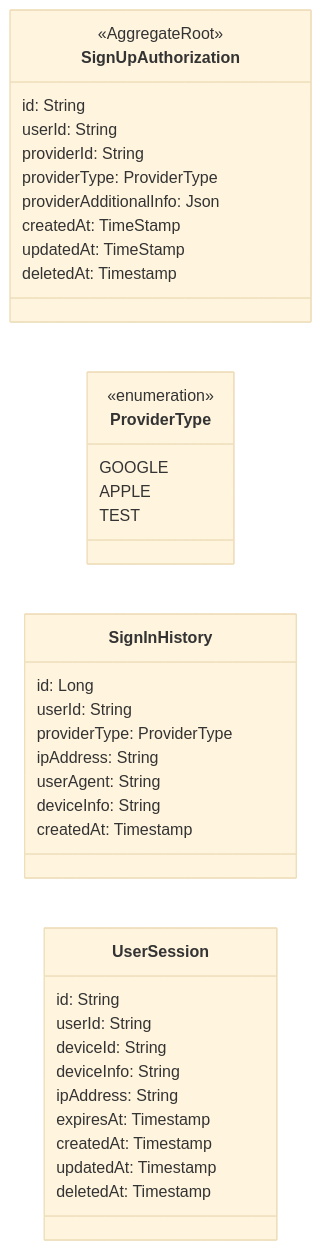
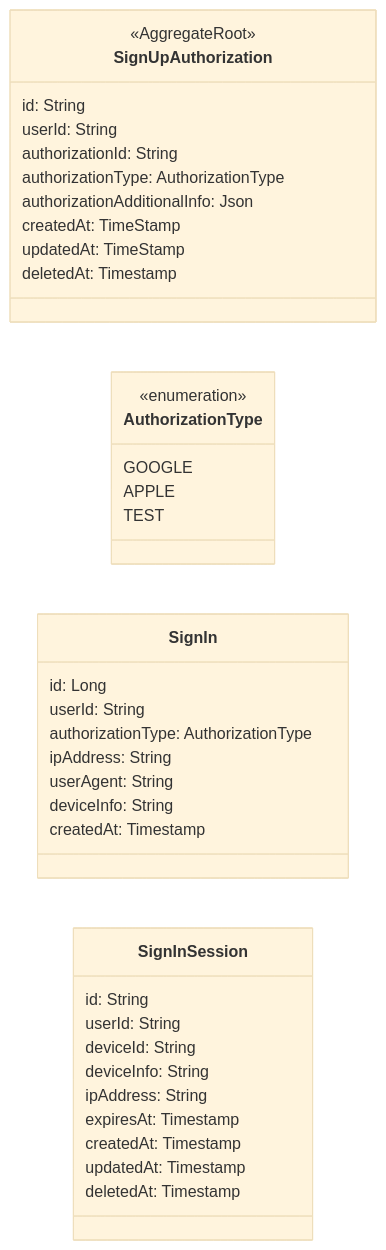
The diagram in docs/models/users/authorization.md (kwj1270/lockr), drawn with Mermaid (base theme) before and after one commit.

Commit message:
docs(kwj1270): authorization.md 용어 변경
- providerType -> authorizationType
- providerId -> authorizationId
- userSession -> signInSession

````diff
--- a/docs/models/users/authorization.md
+++ b/docs/models/users/authorization.md
@@ -4,45 +4,45 @@
 ```mermaid
 classDiagram
     direction LR
 
     class SignUpAuthorization {
         <<AggregateRoot>>
         id: String
         userId: String
-        providerId: String
-        providerType: ProviderType
-        providerAdditionalInfo: Json
+        authorizationId: String
+        authorizationType: AuthorizationType
+        authorizationAdditionalInfo: Json
         createdAt: TimeStamp
         updatedAt: TimeStamp
         deletedAt: Timestamp
     }
 
-    class ProviderType {
+    class AuthorizationType {
         <<enumeration>>
         GOOGLE
         APPLE
         TEST
     }
 
-    class SignInHistory {
+    class SignIn {
         id: Long
         userId: String
-        providerType: ProviderType
+        authorizationType: AuthorizationType
         ipAddress: String
         userAgent: String
         deviceInfo: String
         createdAt: Timestamp
     }
 
-    class UserSession {
+    class SignInSession {
         id: String
         userId: String
         deviceId: String 
         deviceInfo: String 
         ipAddress: String 
         expiresAt: Timestamp
         createdAt: Timestamp
         updatedAt: Timestamp
         deletedAt: Timestamp
     }
 ```
````
